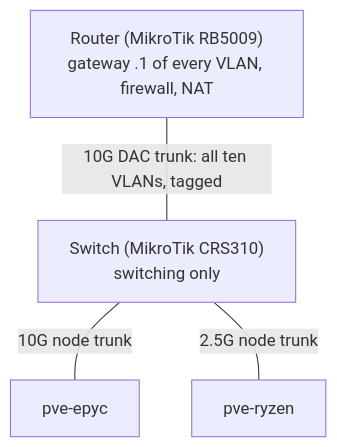
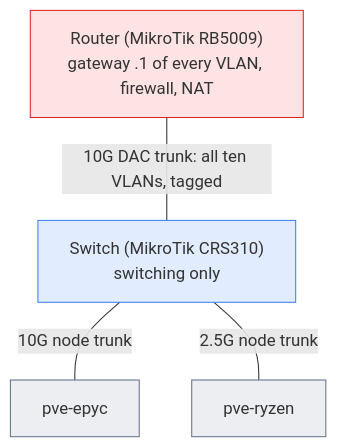
The first of 3 diagrams in content/pages/networking/basics/network-topologies.mdx (mithun3/tech-blog), drawn with Mermaid before and after one commit. The commit also changed other lines of this file and 8 other files, not shown here.

Commit message:
mermaid updates.

````diff
--- a/content/pages/networking/basics/network-topologies.mdx
+++ b/content/pages/networking/basics/network-topologies.mdx
@@ -25,6 +25,21 @@
 ```mermaid
+---
+config:
+  look: classic
+  fontFamily: "system-ui, -apple-system, Segoe UI, Roboto, Helvetica, Arial, sans-serif"
+  themeCSS: ".node rect, .cluster rect { rx: 6px; ry: 6px; }"
+  flowchart:
+    wrappingWidth: 200
+  themeVariables:
+    mainBkg: "#64748b1f"
+    nodeBorder: "#64748b"
+    clusterBkg: "#64748b14"
+    clusterBorder: "#64748b99"
+---
 flowchart TD
     Router["Router (MikroTik RB5009)<br/>gateway .1 of every VLAN, firewall, NAT"] ---|"10G DAC trunk: all ten VLANs, tagged"| Switch["Switch (MikroTik CRS310)<br/>switching only"]
     Switch ---|"10G node trunk"| Node1["pve-epyc"]
     Switch ---|"2.5G node trunk"| Node2["pve-ryzen"]
+    style Router fill:#ef444426,stroke:#dc2626
+    style Switch fill:#3b82f626,stroke:#3b82f6
 ```
````
